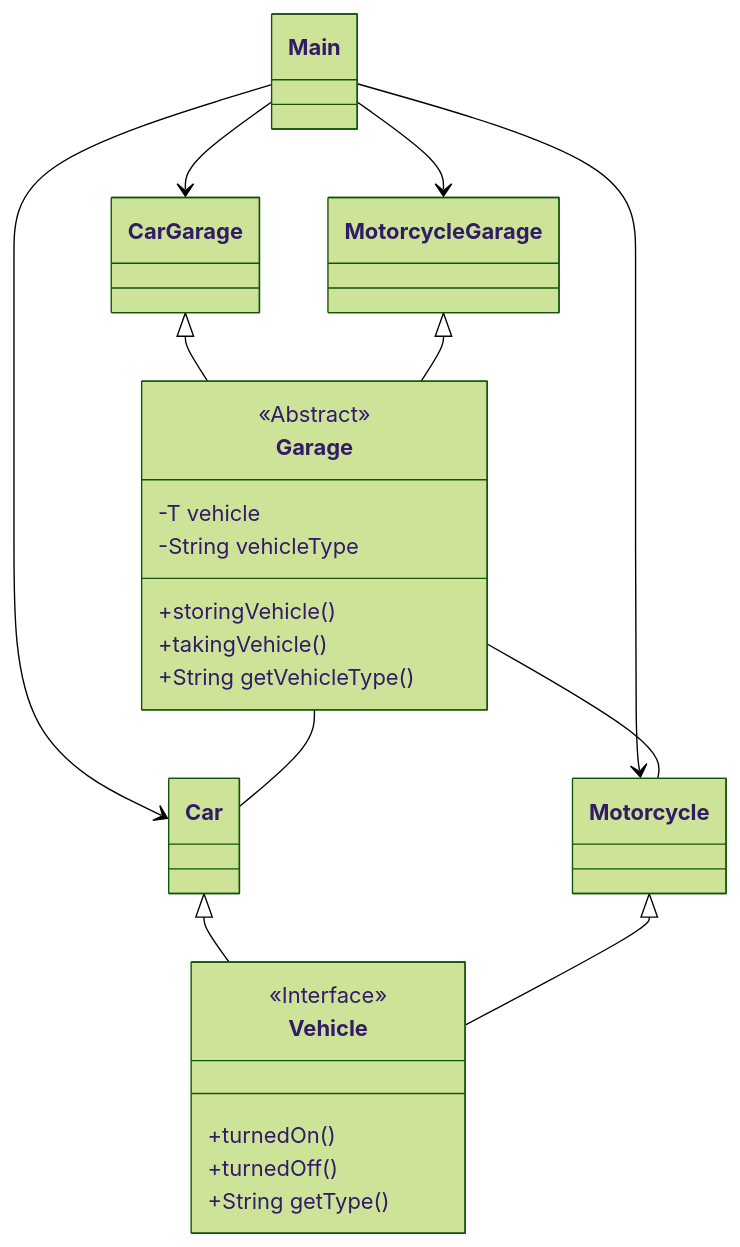
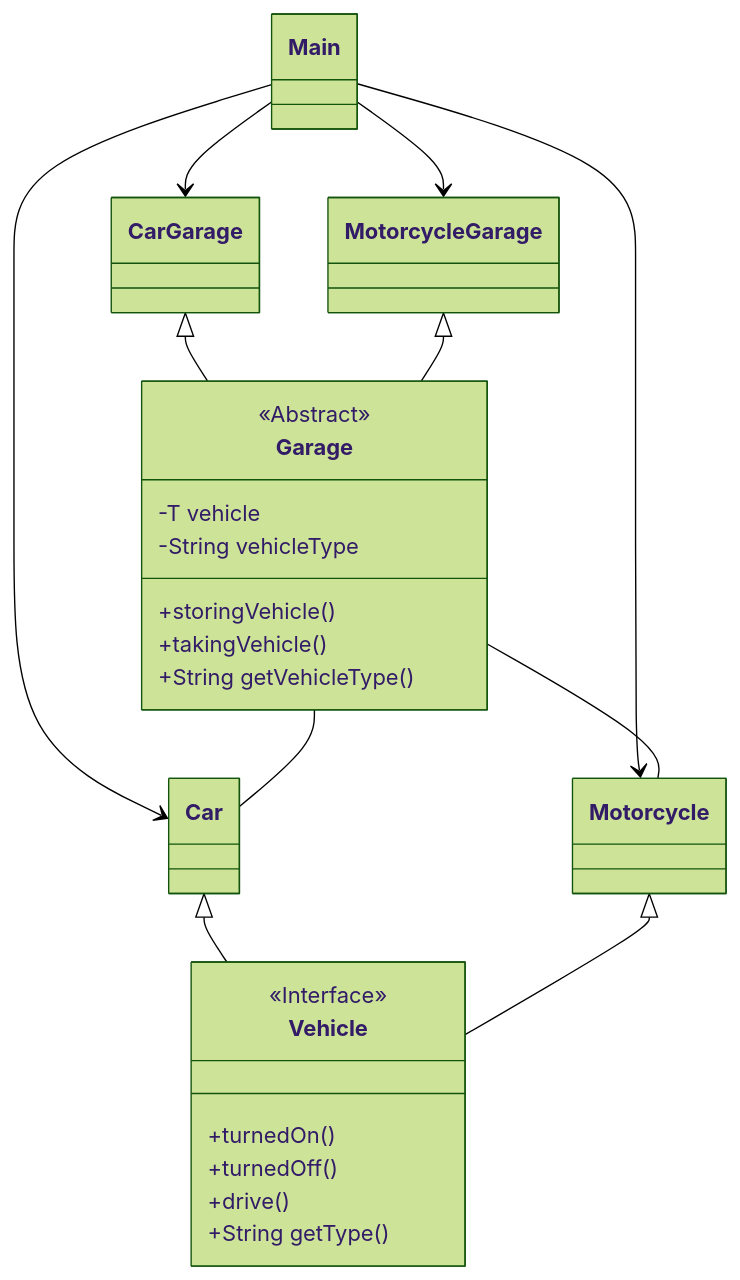
Before and after one commit to jmsmarcelo/gof-patterns-java: the diagram in README.md, drawn with Mermaid (forest theme).

````diff
--- a/README.md
+++ b/README.md
@@ -40,37 +40,38 @@
 ```mermaid
 classDiagram
    class Main
 
    class Vehicle {
       <<Interface>>
       +turnedOn()
       +turnedOff()
+      +drive()
       +String getType()
    }
    class Car
 
    class Motorcycle
 
    class Garage {
       <<Abstract>>
       -T vehicle
       -String vehicleType
       +storingVehicle()
       +takingVehicle()
       +String getVehicleType()
    }
    class CarGarage
 
    class MotorcycleGarage
 
    Main --> Car
    Main --> Motorcycle
    Main --> CarGarage
    Main --> MotorcycleGarage
    Car <|-- Vehicle
    Motorcycle <|-- Vehicle
    CarGarage <|-- Garage
    MotorcycleGarage <|-- Garage
    Garage -- Car
    Garage -- Motorcycle
 ```
````
